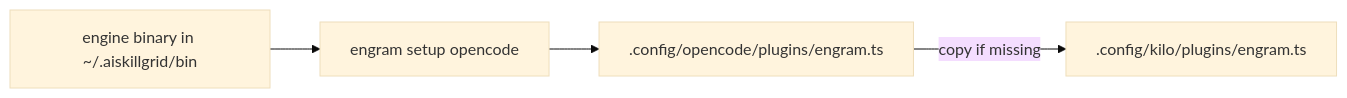
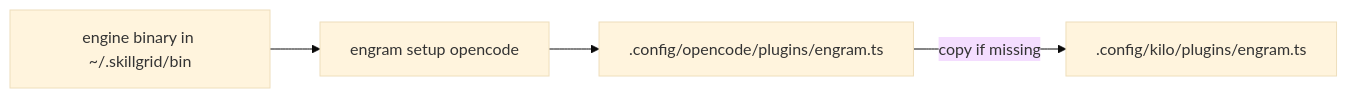
Before and after one commit to devopstales/skillgrid: the second of 2 diagrams in docs/07-plugins.md, drawn with Mermaid (base theme). The commit also changed other lines of this file and 42 other files, not shown here.

First line of the commit message:
cli: rename aiskillgrid to skillgrid, add per-platform builds with symlinks, move npm installs to ~/.skillgrid/npm prefix

````diff
--- a/docs/07-plugins.md
+++ b/docs/07-plugins.md
@@ -56,6 +56,6 @@
 ```mermaid
 flowchart LR
-  Bin[engine binary in ~/.aiskillgrid/bin] --> Setup[engram setup opencode]
+  Bin[engine binary in ~/.skillgrid/bin] --> Setup[engram setup opencode]
   Setup --> OpFile[.config/opencode/plugins/engram.ts]
   OpFile -->|copy if missing| KiFile[.config/kilo/plugins/engram.ts]
 ```
````
